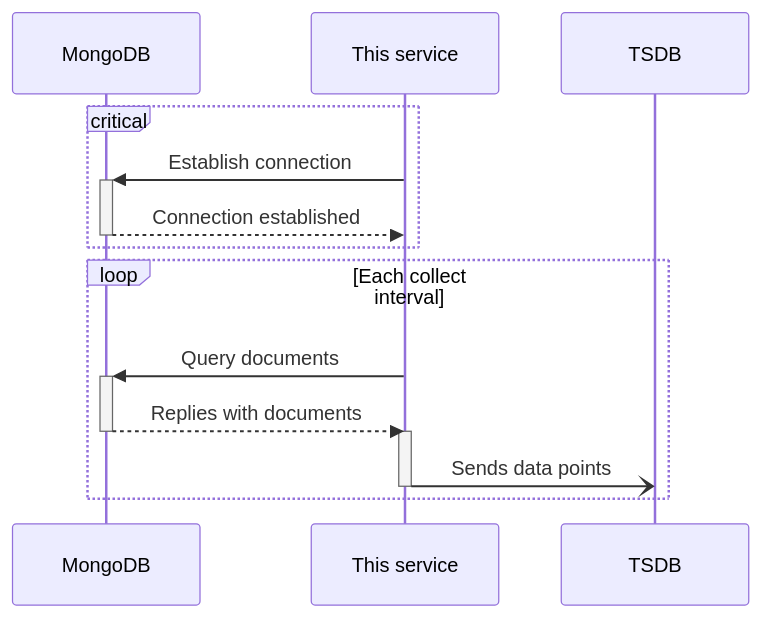
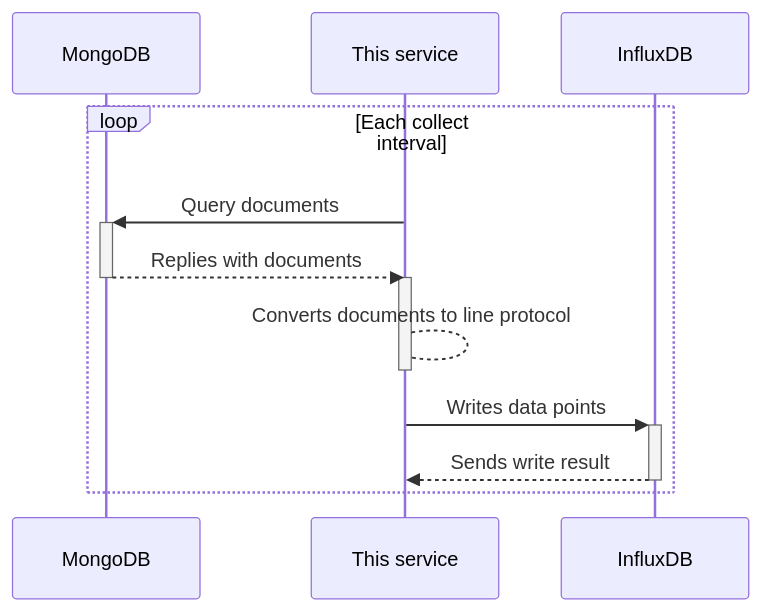
One commit to cailloumajor/mongodb-influxdb changed the diagram in README.md. Above: the diagram before and after it, drawn with Mermaid. The commit also changed other lines of this file, not shown here.

Commit message:
chore: documentation adjustments

````diff
--- a/README.md
+++ b/README.md
@@ -22,17 +20,15 @@
 ```mermaid
 sequenceDiagram
     participant MongoDB
     participant Me as This service
-    participant TSDB
-    critical
-        Me->>+MongoDB: Establish connection
-        MongoDB-->>-Me: Connection established
-    end
+    participant TSDB as InfluxDB
     loop Each collect interval
         Me->>+MongoDB: Query documents
         MongoDB-->>-Me: Replies with documents
         activate Me
-        Me-)TSDB: Sends data points
+        Me-->Me: Converts documents to line protocol
         deactivate Me
+        Me->>+TSDB: Writes data points
+        TSDB-->>-Me: Sends write result
     end
 ```
````
